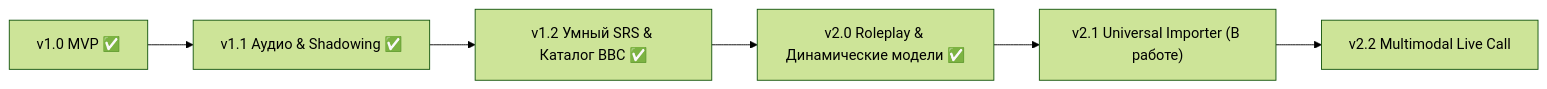
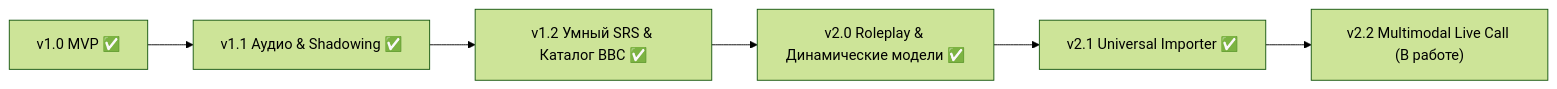
The diagram in ROADMAP.md (ladontsev/EnglishFluency), drawn with Mermaid (forest theme) before and after one commit. The commit also changed other lines of this file and 7 other files, not shown here.

Commit message:
feat(v2.1.0): Stage 3 — Universal Lesson Importer (YouTube subtitles, Web Articles, Notes) + UI

````diff
--- a/ROADMAP.md
+++ b/ROADMAP.md
@@ -5,8 +5,8 @@
 ```mermaid
 flowchart LR
     A["v1.0 MVP ✅"] --> B["v1.1 Аудио & Shadowing ✅"]
     B --> C["v1.2 Умный SRS & Каталог BBC ✅"]
     C --> D["v2.0 Roleplay & Динамические модели ✅"]
-    D --> E["v2.1 Universal Importer (В работе)"]
-    E --> F["v2.2 Multimodal Live Call"]
+    D --> E["v2.1 Universal Importer ✅"]
+    E --> F["v2.2 Multimodal Live Call (В работе)"]
 ```
````
